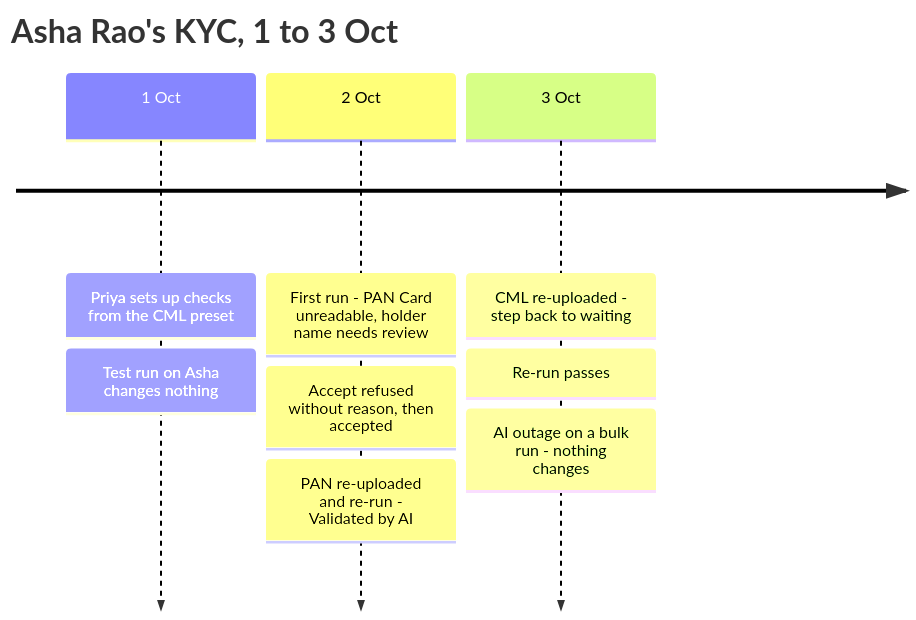
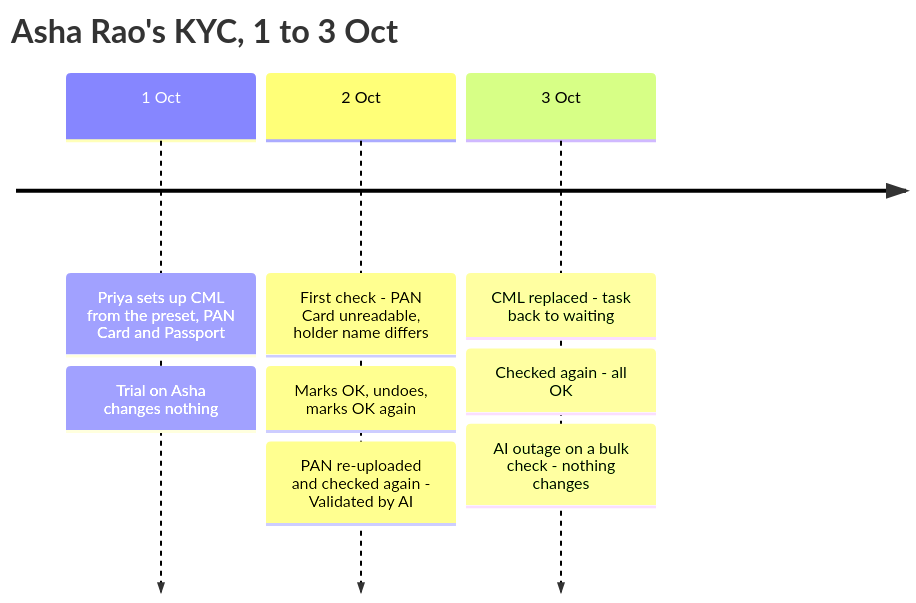
One commit to sampadadiwan/IRM_CompanyMain changed the second of 12 diagrams in openspec/changes/document-checks/design.md. Above: the diagram before and after it, drawn with Mermaid. The commit also changed other lines of this file and 85 other files, not shown here.

````diff
--- a/openspec/changes/document-checks/design.md
+++ b/openspec/changes/document-checks/design.md
@@ -100,7 +103,7 @@
 ```mermaid
 timeline
     title Asha Rao's KYC, 1 to 3 Oct
-    1 Oct : Priya sets up checks from the CML preset : Test run on Asha changes nothing
-    2 Oct : First run - PAN Card unreadable, holder name needs review : Accept refused without reason, then accepted : PAN re-uploaded and re-run - Validated by AI
-    3 Oct : CML re-uploaded - step back to waiting : Re-run passes : AI outage on a bulk run - nothing changes
+    1 Oct : Priya sets up CML from the preset, PAN Card and Passport : Trial on Asha changes nothing
+    2 Oct : First check - PAN Card unreadable, holder name differs : Marks OK, undoes, marks OK again : PAN re-uploaded and checked again - Validated by AI
+    3 Oct : CML replaced - task back to waiting : Checked again - all OK : AI outage on a bulk check - nothing changes
 ```
````
